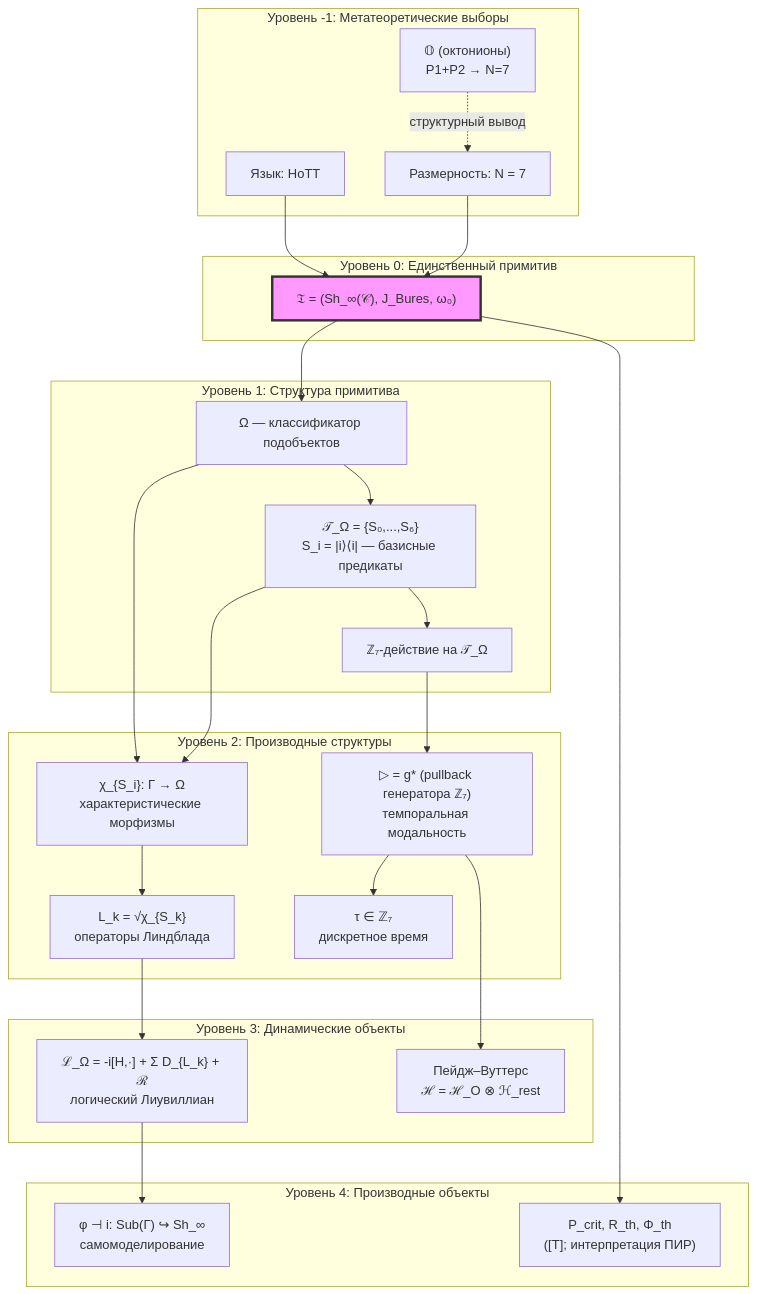
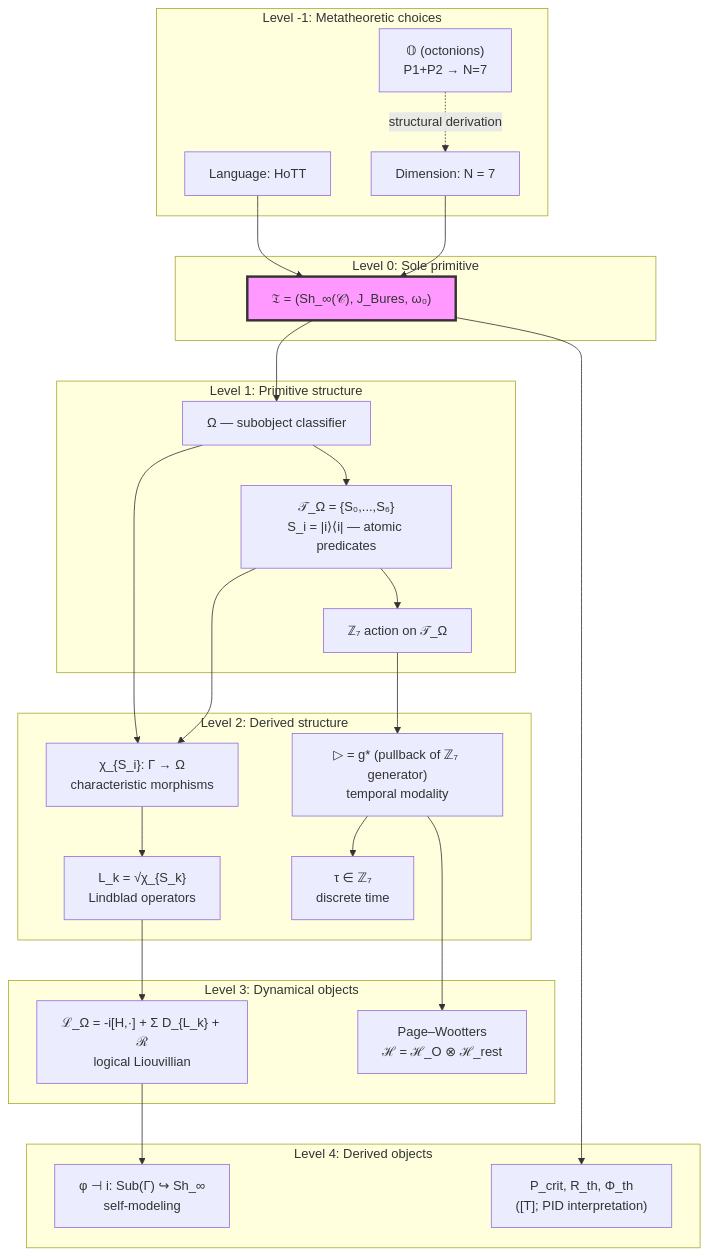
Before and after one commit to gst-st/uhm: the first of 2 diagrams in website/docs/core/foundations/axiom-omega.md, drawn with Mermaid. The commit also changed other lines of this file and 3 other files, not shown here.

````diff
--- a/website/docs/core/foundations/axiom-omega.md
+++ b/website/docs/core/foundations/axiom-omega.md
@@ -733,53 +731,53 @@
 ```mermaid
 graph TD
-    subgraph "Уровень -1: Метатеоретические выборы"
-        Lang["Язык: HoTT"]
-        Dim["Размерность: N = 7"]
-        Oct["𝕆 (октонионы)<br/>P1+P2 → N=7"]
+    subgraph "Level -1: Metatheoretic choices"
+        Lang["Language: HoTT"]
+        Dim["Dimension: N = 7"]
+        Oct["𝕆 (octonions)<br/>P1+P2 → N=7"]
     end
 
-    subgraph "Уровень 0: Единственный примитив"
+    subgraph "Level 0: Sole primitive"
         Primitive["𝔗 = (Sh_∞(𝒞), J_Bures, ω₀)"]
     end
 
-    subgraph "Уровень 1: Структура примитива"
-        Omega["Ω — классификатор подобъектов"]
-        Atoms["𝒯_Ω = {S₀,...,S₆}<br/>S_i = |i⟩⟨i| — базисные предикаты"]
-        Z7["ℤ₇-действие на 𝒯_Ω"]
+    subgraph "Level 1: Primitive structure"
+        Omega["Ω — subobject classifier"]
+        Atoms["𝒯_Ω = {S₀,...,S₆}<br/>S_i = |i⟩⟨i| — atomic predicates"]
+        Z7["ℤ₇ action on 𝒯_Ω"]
     end
 
-    subgraph "Уровень 2: Производные структуры"
-        Chi["χ_{S_i}: Γ → Ω<br/>характеристические морфизмы"]
-        Lk["L_k = √χ_{S_k}<br/>операторы Линдблада"]
-        Modal["▷ = g* (pullback генератора ℤ₇)<br/>темпоральная модальность"]
-        Tau["τ ∈ ℤ₇<br/>дискретное время"]
+    subgraph "Level 2: Derived structure"
+        Chi["χ_{S_i}: Γ → Ω<br/>characteristic morphisms"]
+        Lk["L_k = √χ_{S_k}<br/>Lindblad operators"]
+        Modal["▷ = g* (pullback of ℤ₇ generator)<br/>temporal modality"]
+        Tau["τ ∈ ℤ₇<br/>discrete time"]
     end
 
-    subgraph "Уровень 3: Динамические объекты"
-        LOmega["ℒ_Ω = -i[H,·] + Σ D_{L_k} + ℛ<br/>логический Лиувиллиан"]
-        PW["Пейдж–Вуттерс<br/>ℋ = ℋ_O ⊗ ℋ_rest"]
+    subgraph "Level 3: Dynamical objects"
+        LOmega["ℒ_Ω = -i[H,·] + Σ D_{L_k} + ℛ<br/>logical Liouvillian"]
+        PW["Page–Wootters<br/>ℋ = ℋ_O ⊗ ℋ_rest"]
     end
 
-    subgraph "Уровень 4: Производные объекты"
-        Phi["φ ⊣ i: Sub(Γ) ↪ Sh_∞<br/>самомоделирование"]
-        Thresholds["P_crit, R_th, Φ_th<br/>([Т]; интерпретация ПИР)"]
+    subgraph "Level 4: Derived objects"
+        Phi["φ ⊣ i: Sub(Γ) ↪ Sh_∞<br/>self-modeling"]
+        Thresholds["P_crit, R_th, Φ_th<br/>([T]; PID interpretation)"]
     end
 
     Lang --> Primitive
     Dim --> Primitive
-    Oct -.->|"структурный вывод"| Dim
+    Oct -.->|"structural derivation"| Dim
     Primitive --> Omega
     Omega --> Atoms
     Atoms --> Z7
     Omega --> Chi
     Atoms --> Chi
     Z7 --> Modal
     Chi --> Lk
     Modal --> Tau
     Lk --> LOmega
     Modal --> PW
     LOmega --> Phi
     Primitive --> Thresholds
 
     style Primitive fill:#f9f,stroke:#333,stroke-width:3px
 ```
````
